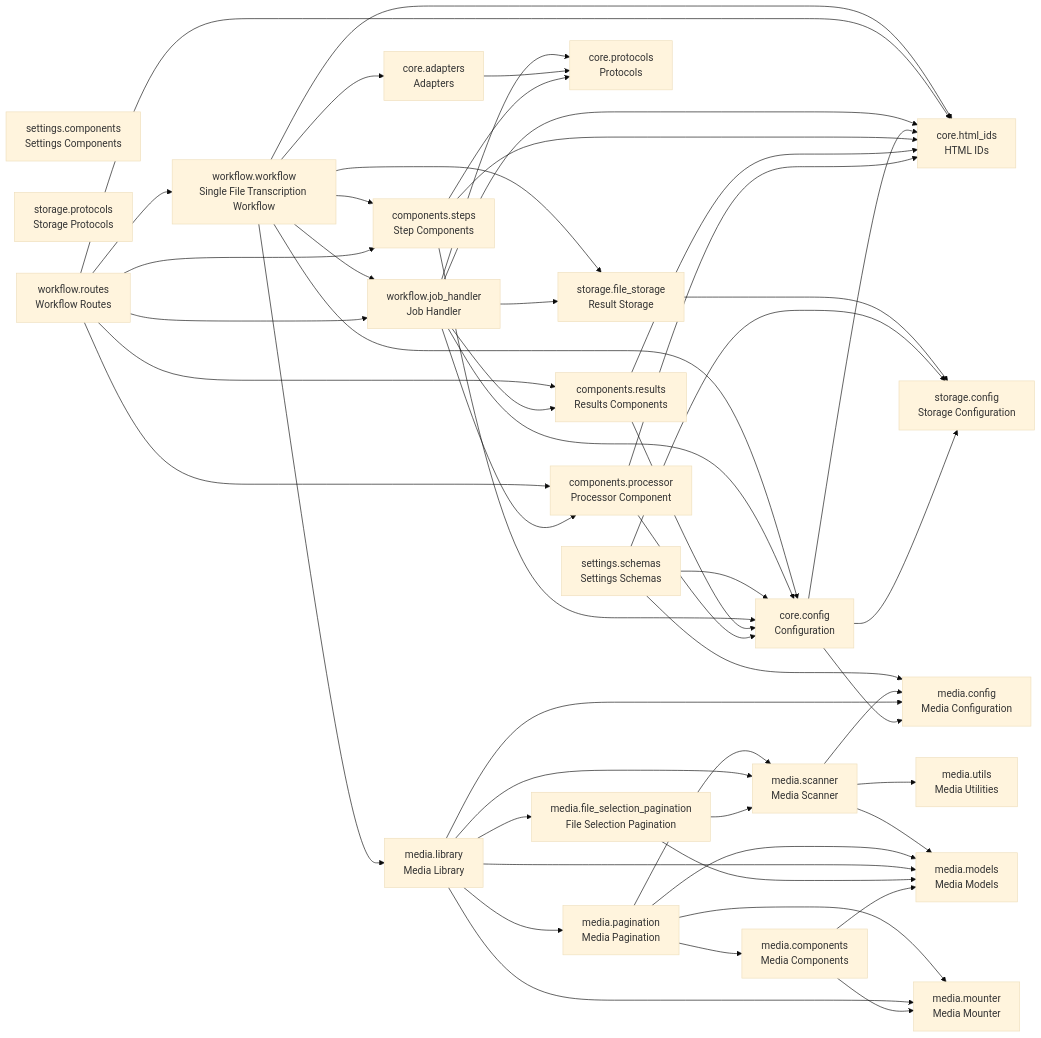
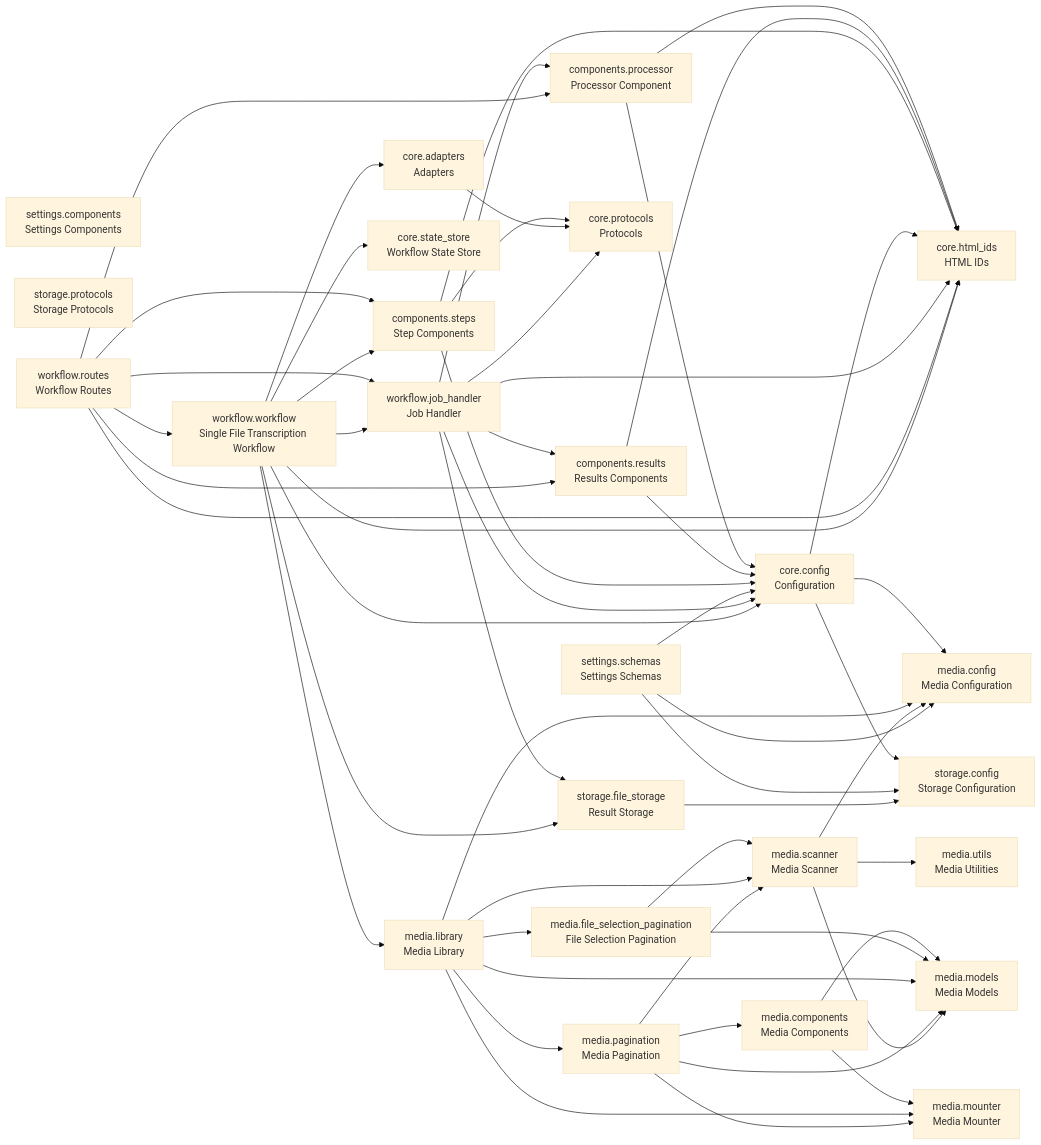
The diagram in README.md (cj-mills/cjm-fasthtml-workflow-transcription-single-file), drawn with Mermaid (base theme) before and after one commit. The commit also changed other lines of this file and 15 other files, not shown here.

````diff
--- a/README.md
+++ b/README.md
@@ -50,79 +51,81 @@
 ``` mermaid
 graph LR
     components_processor[components.processor<br/>Processor Component]
     components_results[components.results<br/>Results Components]
     components_steps[components.steps<br/>Step Components]
     core_adapters[core.adapters<br/>Adapters]
     core_config[core.config<br/>Configuration]
     core_html_ids[core.html_ids<br/>HTML IDs]
     core_protocols[core.protocols<br/>Protocols]
+    core_state_store[core.state_store<br/>Workflow State Store]
     media_components[media.components<br/>Media Components]
     media_config[media.config<br/>Media Configuration]
     media_file_selection_pagination[media.file_selection_pagination<br/>File Selection Pagination]
     media_library[media.library<br/>Media Library]
     media_models[media.models<br/>Media Models]
     media_mounter[media.mounter<br/>Media Mounter]
     media_pagination[media.pagination<br/>Media Pagination]
     media_scanner[media.scanner<br/>Media Scanner]
     media_utils[media.utils<br/>Media Utilities]
     settings_components[settings.components<br/>Settings Components]
     settings_schemas[settings.schemas<br/>Settings Schemas]
     storage_config[storage.config<br/>Storage Configuration]
     storage_file_storage[storage.file_storage<br/>Result Storage]
     storage_protocols[storage.protocols<br/>Storage Protocols]
     workflow_job_handler[workflow.job_handler<br/>Job Handler]
     workflow_routes[workflow.routes<br/>Workflow Routes]
     workflow_workflow[workflow.workflow<br/>Single File Transcription Workflow]
 
     components_processor --> core_html_ids
     components_processor --> core_config
     components_results --> core_html_ids
     components_results --> core_config
+    components_steps --> core_protocols
+    components_steps --> core_config
     components_steps --> core_html_ids
-    components_steps --> core_config
-    components_steps --> core_protocols
     core_adapters --> core_protocols
     core_config --> media_config
+    core_config --> core_html_ids
     core_config --> storage_config
-    core_config --> core_html_ids
     media_components --> media_mounter
     media_components --> media_models
     media_file_selection_pagination --> media_models
     media_file_selection_pagination --> media_scanner
+    media_library --> media_scanner
     media_library --> media_config
+    media_library --> media_mounter
+    media_library --> media_file_selection_pagination
     media_library --> media_models
-    media_library --> media_mounter
-    media_library --> media_scanner
-    media_library --> media_file_selection_pagination
     media_library --> media_pagination
+    media_pagination --> media_mounter
     media_pagination --> media_components
-    media_pagination --> media_mounter
     media_pagination --> media_models
     media_pagination --> media_scanner
     media_scanner --> media_config
     media_scanner --> media_utils
     media_scanner --> media_models
-    settings_schemas --> core_config
     settings_schemas --> storage_config
     settings_schemas --> media_config
+    settings_schemas --> core_config
     storage_file_storage --> storage_config
+    workflow_job_handler --> storage_file_storage
+    workflow_job_handler --> core_protocols
     workflow_job_handler --> components_processor
+    workflow_job_handler --> components_results
     workflow_job_handler --> core_html_ids
-    workflow_job_handler --> storage_file_storage
-    workflow_job_handler --> components_results
-    workflow_job_handler --> core_protocols
     workflow_job_handler --> core_config
+    workflow_routes --> components_results
+    workflow_routes --> workflow_job_handler
+    workflow_routes --> components_steps
     workflow_routes --> components_processor
-    workflow_routes --> components_steps
-    workflow_routes --> workflow_job_handler
     workflow_routes --> core_html_ids
     workflow_routes --> workflow_workflow
-    workflow_routes --> components_results
+    workflow_workflow --> storage_file_storage
+    workflow_workflow --> core_adapters
+    workflow_workflow --> workflow_job_handler
+    workflow_workflow --> components_steps
+    workflow_workflow --> core_state_store
     workflow_workflow --> core_html_ids
-    workflow_workflow --> core_adapters
     workflow_workflow --> core_config
-    workflow_workflow --> components_steps
-    workflow_workflow --> workflow_job_handler
     workflow_workflow --> media_library
-    workflow_workflow --> storage_file_storage
 ```
````
